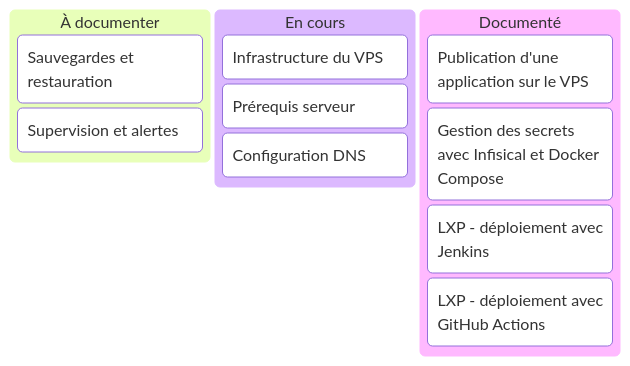
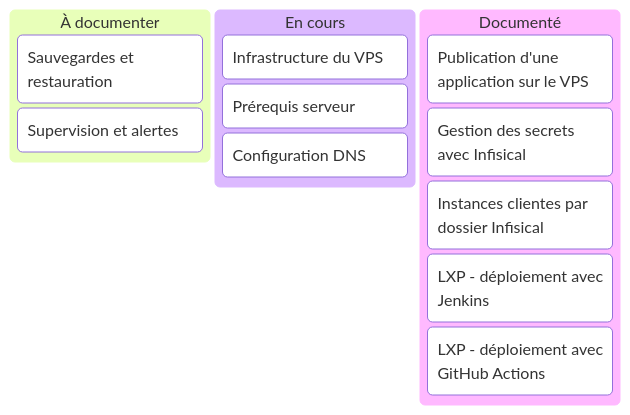
The diagram in src/content/docs/suivi-documentation.md (Martin-dhlle/step-eco-dev-docs-starlight), drawn with Mermaid before and after one commit. The commit also changed 4 other files, not shown here.

````diff
--- a/src/content/docs/suivi-documentation.md
+++ b/src/content/docs/suivi-documentation.md
@@ -8,15 +8,16 @@
 ```mermaid
 kanban
   todo[À documenter]
     backups[Sauvegardes et restauration]
     monitoring[Supervision et alertes]
   inProgress[En cours]
     infrastructure[Infrastructure du VPS]
     prerequisites[Prérequis serveur]
     dns[Configuration DNS]
   done[Documenté]
     appDeployment[Publication d'une application sur le VPS]
-    secretManagement[Gestion des secrets avec Infisical et Docker Compose]
+    secretManagement[Gestion des secrets avec Infisical]
+    multiTenant[Instances clientes par dossier Infisical]
     lxpJenkins[LXP - déploiement avec Jenkins]
     lxpActions[LXP - déploiement avec GitHub Actions]
 ```
````
